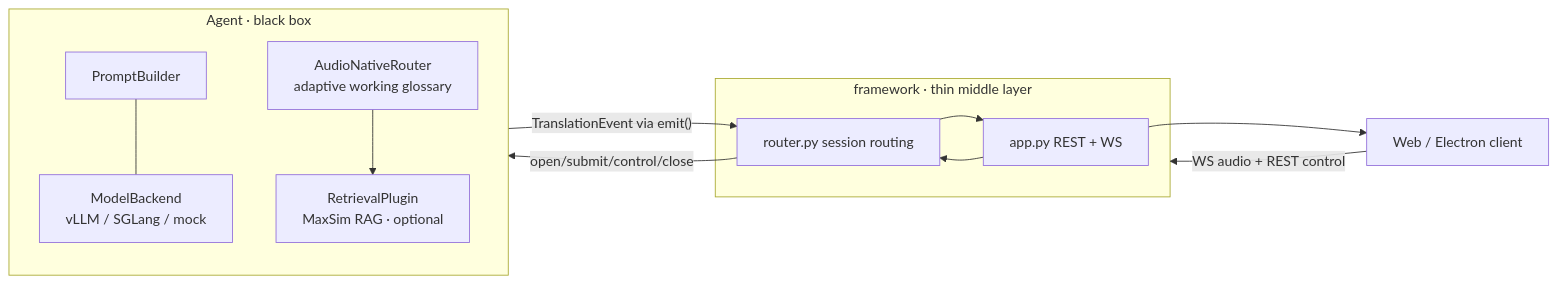
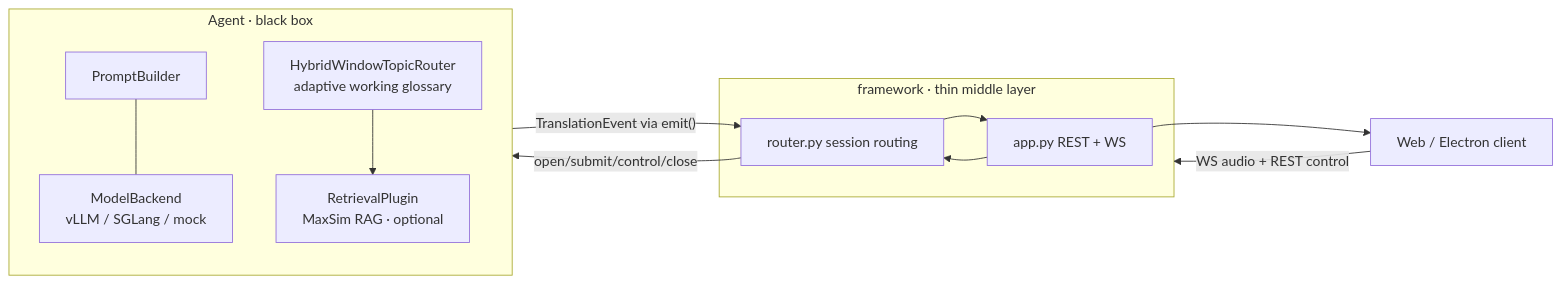
The diagram in README.md (luojiaxuan/autoterm-sst), drawn with Mermaid before and after one commit. The commit also changed 12 other files, not shown here.

````diff
--- a/README.md
+++ b/README.md
@@ -38,15 +38,15 @@
 ```mermaid
 flowchart LR
     Client[Web / Electron client] -- WS audio + REST control --> FW
     subgraph FW[framework  ·  thin middle layer]
       APP[app.py REST + WS] --> RT[router.py session routing]
     end
     RT -- open/submit/control/close --> AG
     subgraph AG[Agent  ·  black box]
       direction TB
       PB[PromptBuilder] --- BK[ModelBackend\nvLLM / SGLang / mock]
       RET[RetrievalPlugin\nMaxSim RAG · optional]
-      TR[AudioNativeRouter\nadaptive working glossary] --> RET
+      TR[HybridWindowTopicRouter\nadaptive working glossary] --> RET
     end
     AG -- TranslationEvent via emit() --> RT --> APP --> Client
 ```
````
